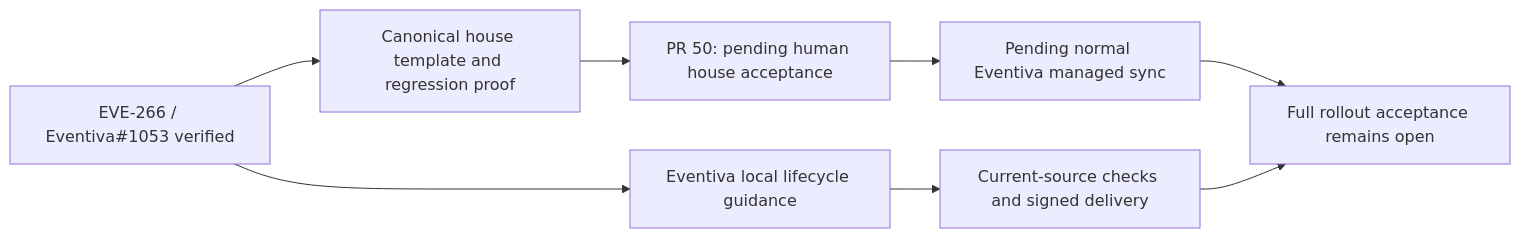
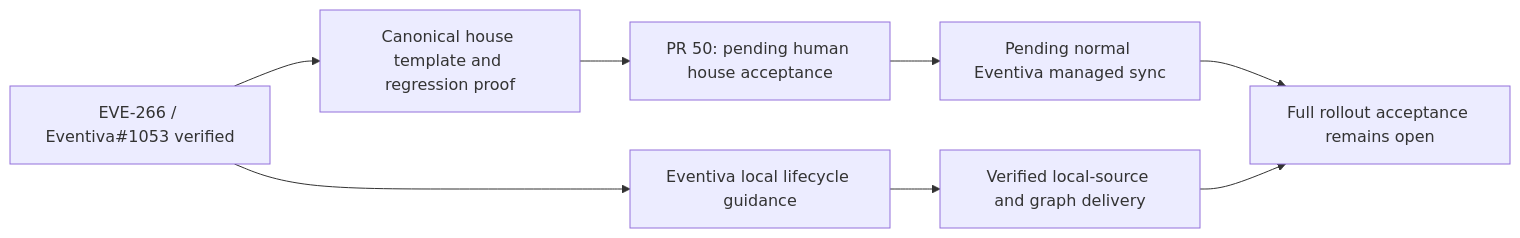
One commit to Resnovas/Eventiva changed the first of 32 diagrams in docs/planning/timeline.md. Above: the diagram before and after it, drawn with Mermaid. The commit also changed other lines of this file, not shown here.

First line of the commit message:
docs(planning): record verified traceability delivery and handoff

````diff
--- a/docs/planning/timeline.md
+++ b/docs/planning/timeline.md
@@ -18,10 +19,10 @@
 ```mermaid
 flowchart LR
     Mapping["EVE-266 / Eventiva#1053 verified"] --> Local["Eventiva local lifecycle guidance"]
     Mapping --> House["Canonical house template and regression proof"]
     House --> Review["PR 50: pending human house acceptance"]
     Review --> Sync["Pending normal Eventiva managed sync"]
-    Local --> Verify["Current-source checks and signed delivery"]
+    Local --> Verify["Verified local-source and graph delivery"]
     Sync --> Acceptance["Full rollout acceptance remains open"]
     Verify --> Acceptance
 ```
````
